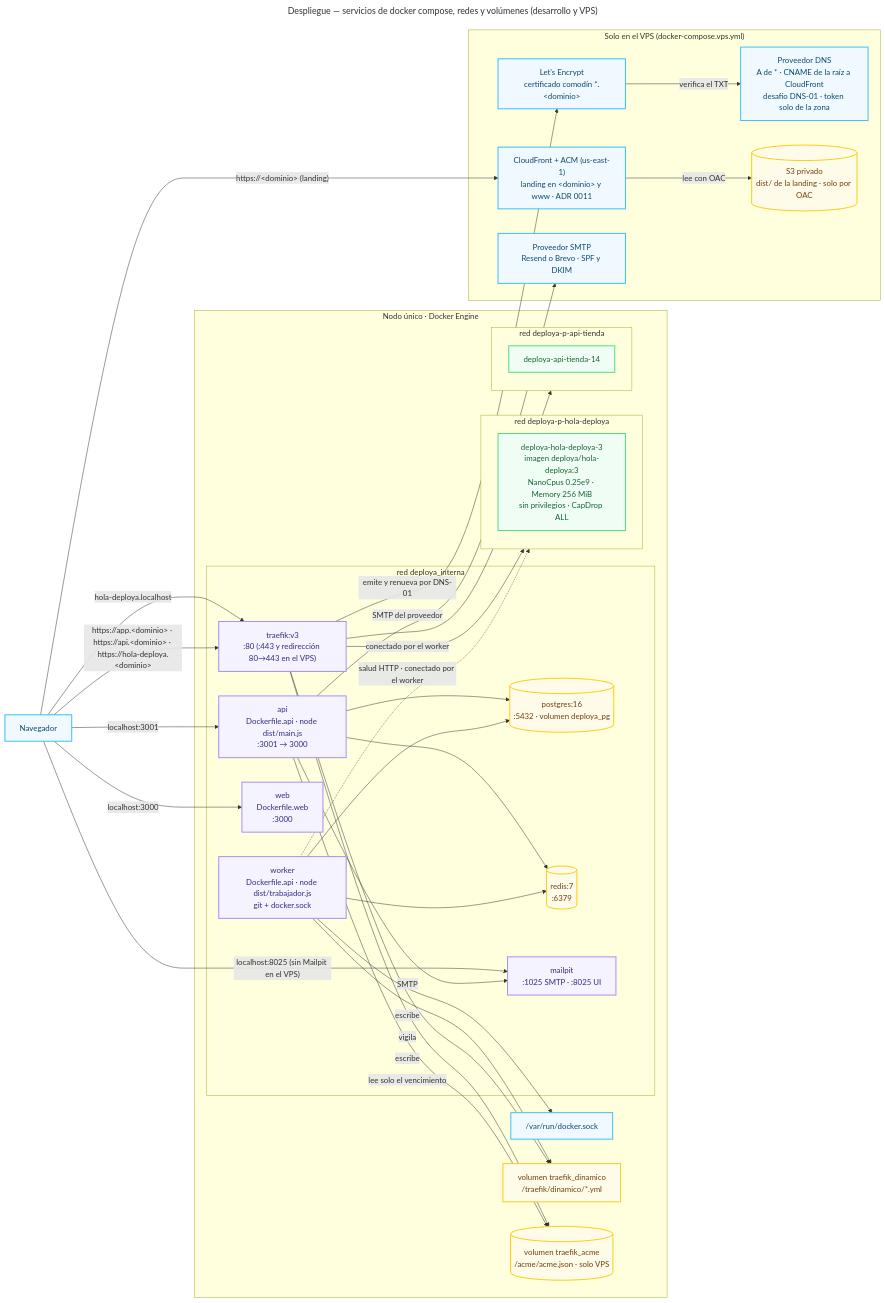
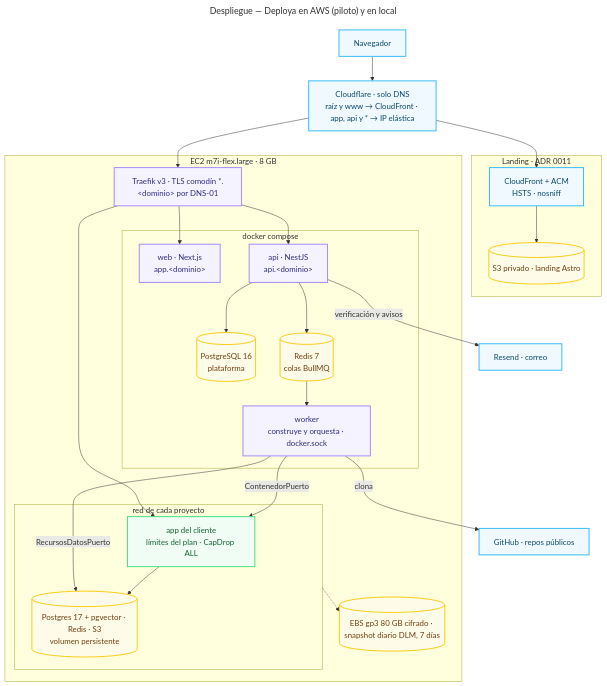
One commit to derekCmorales/deploya changed the diagram in docs/diagramas/compartido/despliegue-infraestructura.mmd. Above: the diagram before and after it, drawn with Mermaid. The commit also changed 63 other files, not shown here.

```diff
--- a/docs/diagramas/compartido/despliegue-infraestructura.mmd
+++ b/docs/diagramas/compartido/despliegue-infraestructura.mmd
@@ -1,70 +1,55 @@
 ---
-title: Despliegue — servicios de docker compose, redes y volúmenes (desarrollo y VPS)
+title: Despliegue — Deploya en AWS (piloto) y en local
 ---
-flowchart LR
-    subgraph HOST["Nodo único · Docker Engine"]
-        subgraph RED_INTERNA["red deploya_interna"]
-            PG[("postgres:16<br/>:5432 · volumen deploya_pg")]
-            RD[("redis:7<br/>:6379")]
-            API["api<br/>Dockerfile.api · node dist/main.js<br/>:3001 → 3000"]
-            WK["worker<br/>Dockerfile.api · node dist/trabajador.js<br/>git + docker.sock"]
-            WEB["web<br/>Dockerfile.web<br/>:3000"]
-            MP["mailpit<br/>:1025 SMTP · :8025 UI"]
-            TR["traefik:v3<br/>:80 (:443 y redirección 80→443 en el VPS)"]
-        end
+flowchart TB
+    NAV["Navegador"]
+    DNS["Cloudflare · solo DNS<br/>raíz y www → CloudFront · app, api y * → IP elástica"]
 
-        subgraph RED_P1["red deploya-p-hola-deploya"]
-            C1["deploya-hola-deploya-3<br/>imagen deploya/hola-deploya:3<br/>NanoCpus 0.25e9 · Memory 256 MiB<br/>sin privilegios · CapDrop ALL"]
-        end
-
-        subgraph RED_P2["red deploya-p-api-tienda"]
-            C2["deploya-api-tienda-14"]
-        end
-
-        SOCK["/var/run/docker.sock"]
-        VOL["volumen traefik_dinamico<br/>/traefik/dinamico/*.yml"]
-        ACME[("volumen traefik_acme<br/>/acme/acme.json · solo VPS")]
+    subgraph LANDING["Landing · ADR 0011"]
+        CF["CloudFront + ACM<br/>HSTS · nosniff"]
+        S3L[("S3 privado · landing Astro")]
     end
 
-    subgraph EXTERNOS["Solo en el VPS (docker-compose.vps.yml)"]
-        LE["Let's Encrypt<br/>certificado comodín *.&lt;dominio&gt;"]
-        DNS["Proveedor DNS<br/>A de * · CNAME de la raíz a CloudFront<br/>desafío DNS-01 · token solo de la zona"]
-        CF["CloudFront + ACM (us-east-1)<br/>landing en &lt;dominio&gt; y www · ADR 0011"]
-        S3[("S3 privado<br/>dist/ de la landing · solo por OAC")]
-        SMTP["Proveedor SMTP<br/>Resend o Brevo · SPF y DKIM"]
+    subgraph EC2["EC2 m7i-flex.large · 8 GB"]
+        TR["Traefik v3 · TLS comodín *.&lt;dominio&gt; por DNS-01"]
+        subgraph PLATAFORMA["docker compose"]
+            WEB["web · Next.js<br/>app.&lt;dominio&gt;"]
+            API["api · NestJS<br/>api.&lt;dominio&gt;"]
+            WK["worker<br/>construye y orquesta · docker.sock"]
+            PG[("PostgreSQL 16<br/>plataforma")]
+            RD[("Redis 7<br/>colas BullMQ")]
+        end
+        subgraph PROYECTO["red de cada proyecto"]
+            C1["app del cliente<br/>límites del plan · CapDrop ALL"]
+            DATOS[("Postgres 17 + pgvector · Redis · S3<br/>volumen persistente")]
+        end
+        EBS[("EBS gp3 80 GB cifrado · snapshot diario DLM, 7 días")]
     end
 
-    NAV["Navegador"]
+    GH["GitHub · repos públicos"]
+    SMTP["Resend · correo"]
 
-    NAV -->|"localhost:3000"| WEB
-    NAV -->|"localhost:3001"| API
-    NAV -->|"hola-deploya.localhost"| TR
-    NAV -->|"localhost:8025 (sin Mailpit en el VPS)"| MP
-    NAV -->|"https://app.&lt;dominio&gt; · https://api.&lt;dominio&gt; · https://hola-deploya.&lt;dominio&gt;"| TR
-    NAV -->|"https://&lt;dominio&gt; (landing)"| CF
-    CF -->|"lee con OAC"| S3
-    TR -->|"emite y renueva por DNS-01"| LE
-    LE -->|"verifica el TXT"| DNS
-    TR -->|"escribe"| ACME
-    API -->|"lee solo el vencimiento"| ACME
-    API -->|"SMTP del proveedor"| SMTP
+    NAV --> DNS
+    DNS --> CF --> S3L
+    DNS --> TR
+    TR --> WEB
+    TR --> API
+    TR --> C1
     API --> PG
     API --> RD
-    API -->|SMTP| MP
-    WK --> RD
-    WK --> PG
-    WK --> SOCK
-    WK -->|escribe| VOL
-    TR -->|"vigila"| VOL
-    TR -->|"conectado por el worker"| RED_P1
-    TR --> RED_P2
-    WK -.->|"salud HTTP · conectado por el worker"| RED_P1
+    RD --> WK
+    WK -->|"clona"| GH
+    WK -->|"ContenedorPuerto"| C1
+    WK -->|"RecursosDatosPuerto"| DATOS
+    C1 --> DATOS
+    API -->|"verificación y avisos"| SMTP
+    PROYECTO -.-> EBS
 
     classDef data fill:#fefce8,stroke:#facc15,stroke-width:2px,color:#713f12
     classDef app fill:#f5f3ff,stroke:#a78bfa,stroke-width:2px,color:#312e81
     classDef cliente fill:#f0fdf4,stroke:#4ade80,stroke-width:2px,color:#166534
     classDef ext fill:#f0f9ff,stroke:#38bdf8,stroke-width:2px,color:#0c4a6e
-    class PG,RD,VOL,ACME,S3 data
-    class API,WK,WEB,MP,TR app
-    class C1,C2 cliente
-    class SOCK,NAV,LE,DNS,SMTP,CF ext
+    class PG,RD,S3L,DATOS,EBS data
+    class API,WK,WEB,TR app
+    class C1 cliente
+    class NAV,DNS,SMTP,CF,GH ext
```
